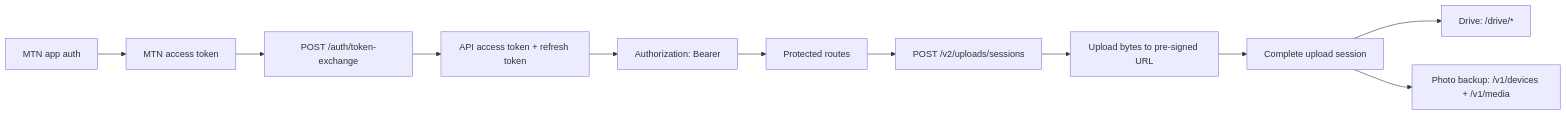
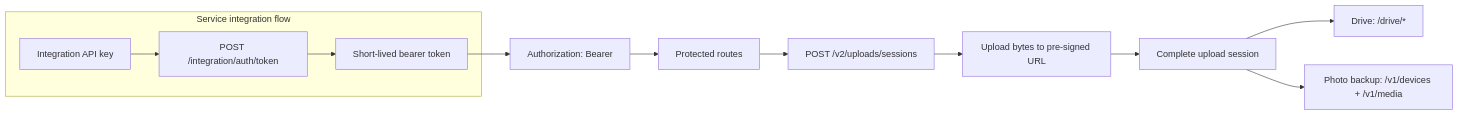
Before and after one commit to grandmastr/mtn-drive-sdk-docs: the diagram in api/overview.md, drawn with Mermaid. The commit also changed other lines of this file and 22 other files, not shown here.

Commit message:
docs: remove MTN auth docs

````diff
--- a/api/overview.md
+++ b/api/overview.md
@@ -53,13 +52,14 @@
 ```mermaid
 flowchart LR
-  A["MTN app auth"] --> B["MTN access token"]
-  B --> C["POST /auth/token-exchange"]
-  C --> D["API access token + refresh token"]
-  D --> E["Authorization: Bearer <accessToken>"]
-  E --> F["Protected routes"]
-  F --> G["POST /v2/uploads/sessions"]
-  G --> H["Upload bytes to pre-signed URL"]
-  H --> I["Complete upload session"]
-  I --> J["Drive: /drive/*"]
-  I --> K["Photo backup: /v1/devices + /v1/media"]
+  subgraph "Service integration flow"
+    E["Integration API key"] --> F["POST /integration/auth/token"]
+    F --> G["Short-lived bearer token"]
+  end
+  G --> H["Authorization: Bearer <accessToken>"]
+  H --> I["Protected routes"]
+  I --> J["POST /v2/uploads/sessions"]
+  J --> K["Upload bytes to pre-signed URL"]
+  K --> L["Complete upload session"]
+  L --> M["Drive: /drive/*"]
+  L --> N["Photo backup: /v1/devices + /v1/media"]
 ```
````
